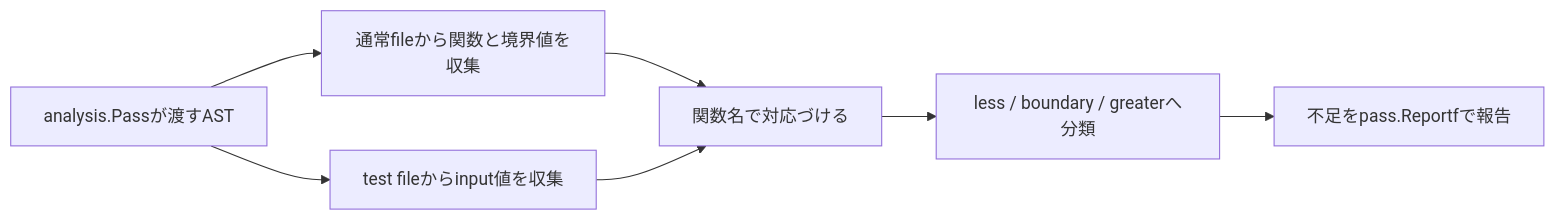
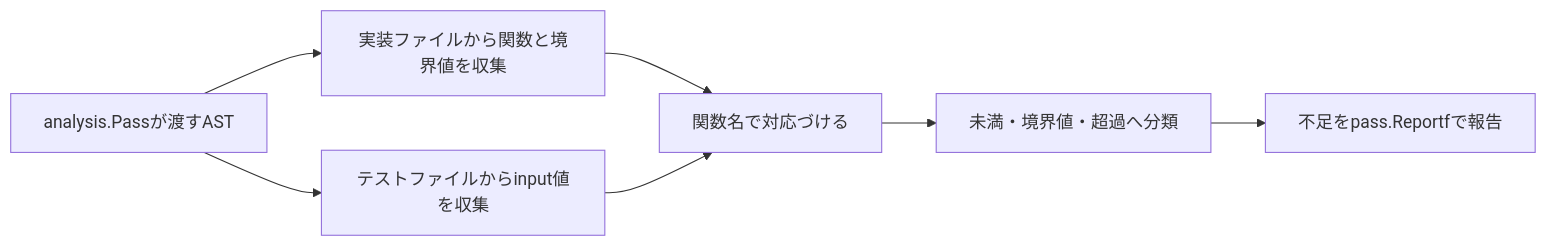
One commit to Mtsubasa/go-boundary-workshop changed the diagram in docs/01-ANALYZER_ARCHITECTURE.md. Above: the diagram before and after it, drawn with Mermaid. The commit also changed other lines of this file and 10 other files, not shown here.

````diff
--- a/docs/01-ANALYZER_ARCHITECTURE.md
+++ b/docs/01-ANALYZER_ARCHITECTURE.md
@@ -7,9 +7,9 @@
 ```mermaid
 flowchart LR
-    A["analysis.Passが渡すAST"] --> B["通常fileから関数と境界値を収集"]
-    A --> C["test fileからinput値を収集"]
+    A["analysis.Passが渡すAST"] --> B["実装ファイルから関数と境界値を収集"]
+    A --> C["テストファイルからinput値を収集"]
     B --> D["関数名で対応づける"]
     C --> D
-    D --> E["less / boundary / greaterへ分類"]
+    D --> E["未満・境界値・超過へ分類"]
     E --> F["不足をpass.Reportfで報告"]
 ```
````
